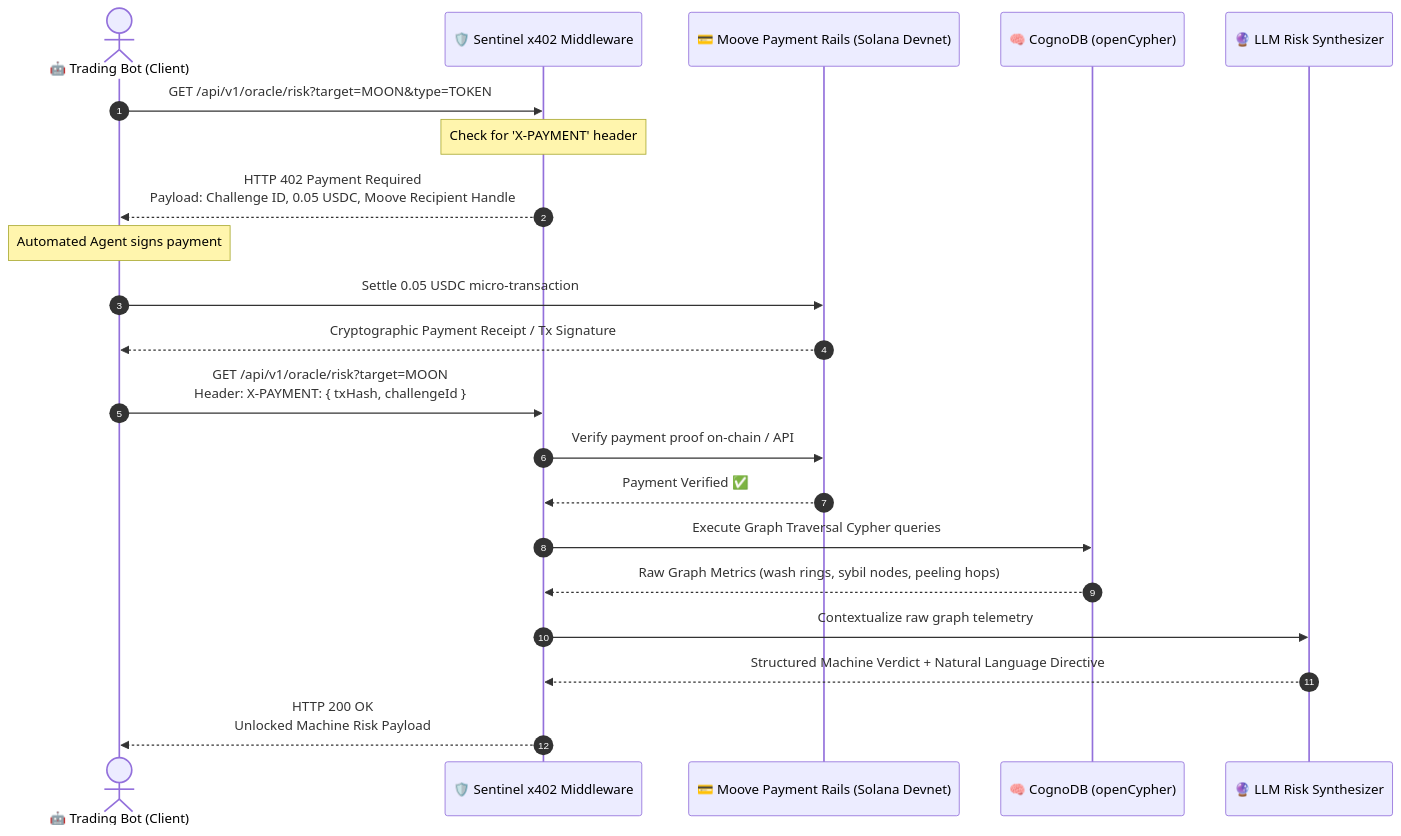
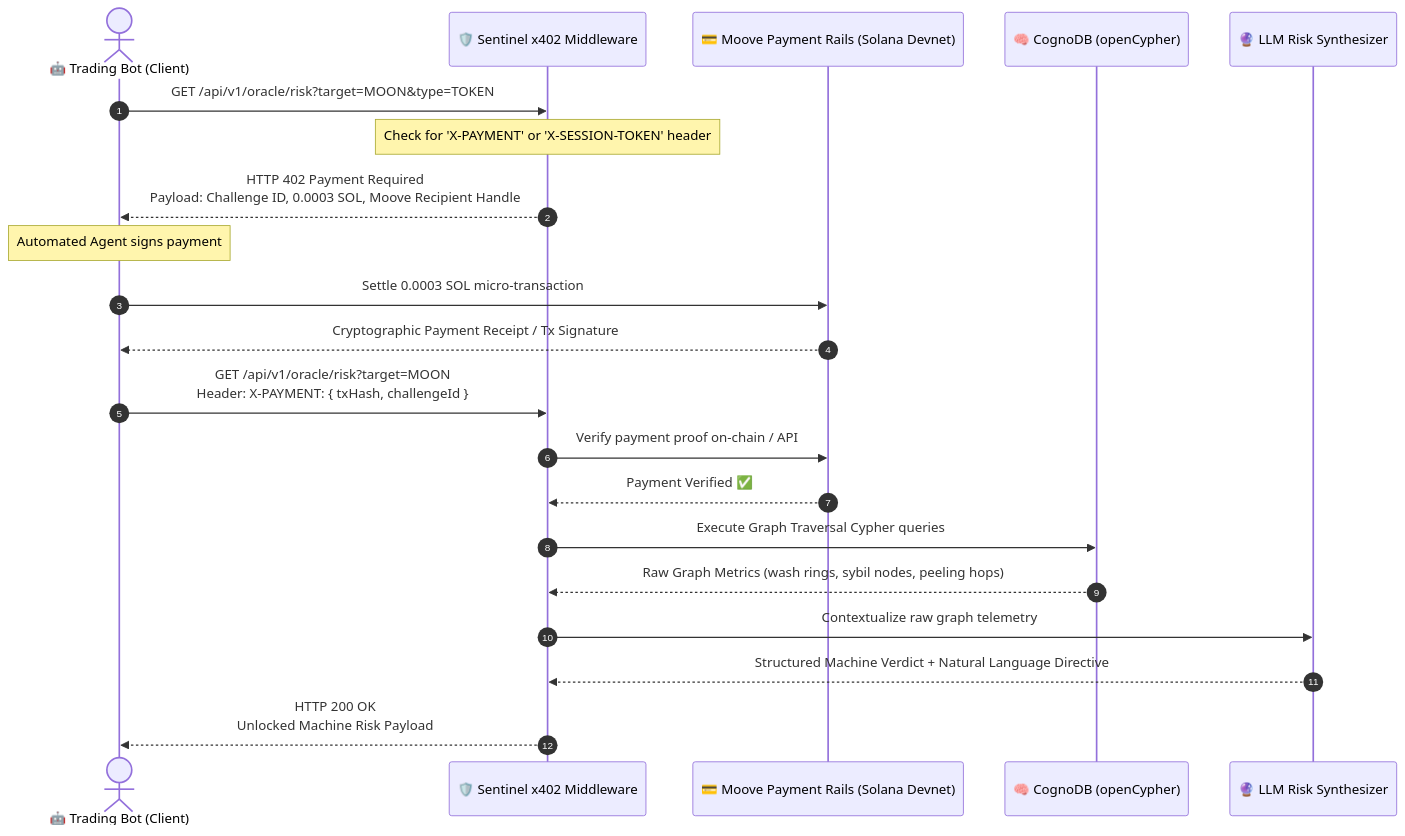
The diagram in README.md (Patoski-patoski/sentinel-oracle), drawn with Mermaid before and after one commit. The commit also changed other lines of this file and 16 other files, not shown here.

````diff
--- a/README.md
+++ b/README.md
@@ -26,31 +28,31 @@
 ```mermaid
 sequenceDiagram
     autonumber
     actor ClientAgent as 🤖 Trading Bot (Client)
     participant SentinelGate as 🛡️ Sentinel x402 Middleware
     participant Moove as 💳 Moove Payment Rails (Solana Devnet)
     participant CognoDB as 🧠 CognoDB (openCypher)
     participant LLMEngine as 🔮 LLM Risk Synthesizer
 
     ClientAgent->>SentinelGate: GET /api/v1/oracle/risk?target=MOON&type=TOKEN
-    Note over SentinelGate: Check for 'X-PAYMENT' header
+    Note over SentinelGate: Check for 'X-PAYMENT' or 'X-SESSION-TOKEN' header
 
-    SentinelGate-->>ClientAgent: HTTP 402 Payment Required<br/>Payload: Challenge ID, 0.05 USDC, Moove Recipient Handle
+    SentinelGate-->>ClientAgent: HTTP 402 Payment Required<br/>Payload: Challenge ID, 0.0003 SOL, Moove Recipient Handle
 
     Note over ClientAgent: Automated Agent signs payment
-    ClientAgent->>Moove: Settle 0.05 USDC micro-transaction
+    ClientAgent->>Moove: Settle 0.0003 SOL micro-transaction
     Moove-->>ClientAgent: Cryptographic Payment Receipt / Tx Signature
 
     ClientAgent->>SentinelGate: GET /api/v1/oracle/risk?target=MOON<br/>Header: X-PAYMENT: { txHash, challengeId }
 
     SentinelGate->>Moove: Verify payment proof on-chain / API
     Moove-->>SentinelGate: Payment Verified ✅
 
     SentinelGate->>CognoDB: Execute Graph Traversal Cypher queries
     CognoDB-->>SentinelGate: Raw Graph Metrics (wash rings, sybil nodes, peeling hops)
 
     SentinelGate->>LLMEngine: Contextualize raw graph telemetry
     LLMEngine-->>SentinelGate: Structured Machine Verdict + Natural Language Directive
 
     SentinelGate-->>ClientAgent: HTTP 200 OK<br/>Unlocked Machine Risk Payload
 ```
````
